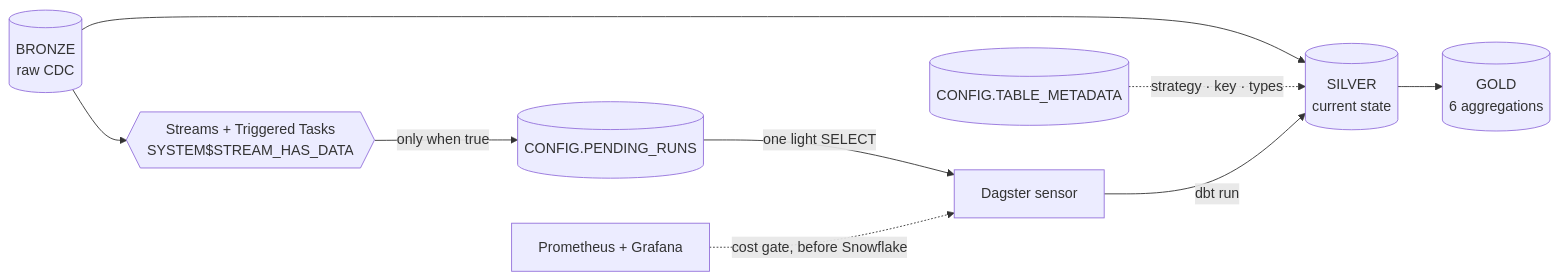
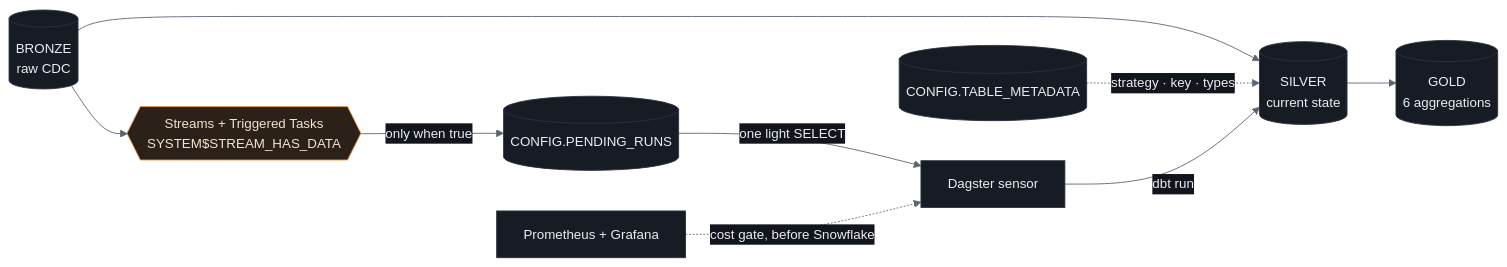
Before and after one commit to christiandrocha/sdd-kafka-snowflake-2: the second of 2 diagrams in README.md, drawn with Mermaid. The commit also changed other lines of this file and 4 other files, not shown here.

````diff
--- a/README.md
+++ b/README.md
@@ -176,11 +202,21 @@
 ```mermaid
+%%{init: {'theme':'base','themeVariables':{'primaryColor':'#171c24','primaryTextColor':'#e9edf3','primaryBorderColor':'#2a323d','lineColor':'#5b6472','secondaryColor':'#1f2630','tertiaryColor':'#2a323d','background':'#12161c','mainBkg':'#171c24','nodeBorder':'#2a323d','titleColor':'#e9edf3','edgeLabelBackground':'#12161c','fontSize':'15px'},'flowchart':{'diagramPadding':18,'nodeSpacing':45,'rankSpacing':55}}}%%
 flowchart LR
     BRZ[("BRONZE<br/>raw CDC")] --> SIL[("SILVER<br/>current state")]
     SIL --> GLD[("GOLD<br/>6 aggregations")]
     CFG[("CONFIG.TABLE_METADATA")] -.->|"strategy · key · types"| SIL
     BRZ --> GATE{{"Streams + Triggered Tasks<br/>SYSTEM$STREAM_HAS_DATA"}}
     GATE -->|"only when true"| PEN[("CONFIG.PENDING_RUNS")]
     PEN -->|"one light SELECT"| DAG["Dagster sensor"]
     DAG -->|"dbt run"| SIL
     MON["Prometheus + Grafana"] -.->|"cost gate, before Snowflake"| DAG
+
+    style BRZ fill:#171c24,stroke:#2a323d,color:#e9edf3
+    style SIL fill:#171c24,stroke:#2a323d,color:#e9edf3
+    style GLD fill:#171c24,stroke:#2a323d,color:#e9edf3
+    style CFG fill:#171c24,stroke:#2a323d,color:#e9edf3
+    style PEN fill:#171c24,stroke:#2a323d,color:#e9edf3
+    style DAG fill:#171c24,stroke:#2a323d,color:#e9edf3
+    style MON fill:#171c24,stroke:#2a323d,color:#e9edf3
+    style GATE fill:#2b2118,stroke:#e3974e,color:#f2e3d2
 ```
````
